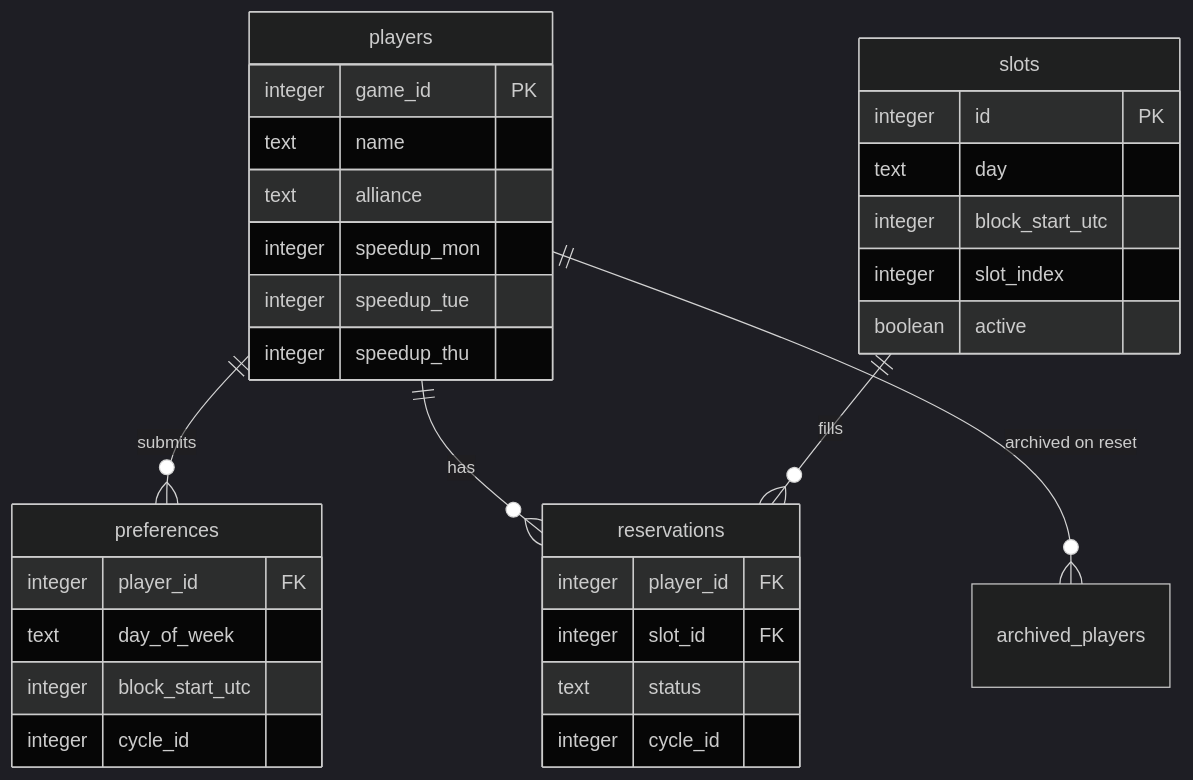
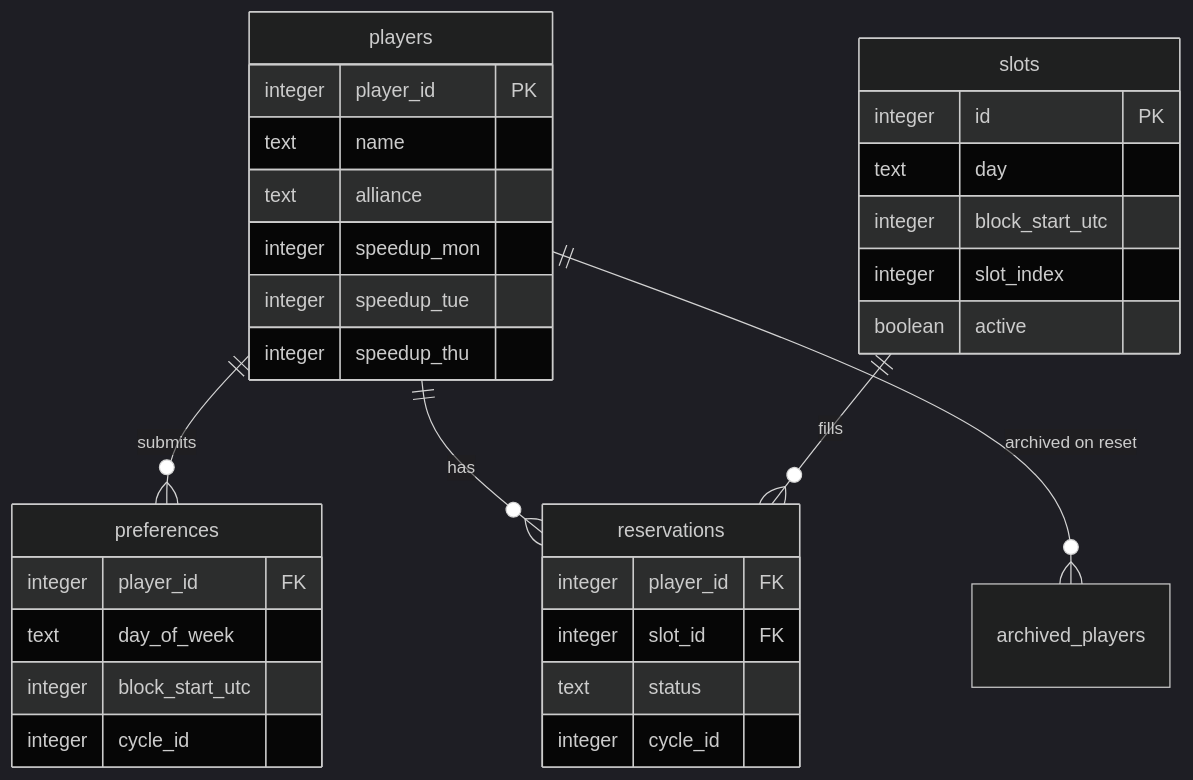
The third of 8 diagrams in docs/RESERVATION_SYSTEM.md (SxxM131/wos1234), drawn with Mermaid (dark theme) before and after one commit. The commit also changed other lines of this file and 28 other files, not shown here.

````diff
--- a/docs/RESERVATION_SYSTEM.md
+++ b/docs/RESERVATION_SYSTEM.md
@@ -184,35 +184,35 @@
 ```mermaid
 erDiagram
   players ||--o{ preferences : submits
   players ||--o{ reservations : has
   slots ||--o{ reservations : fills
   players ||--o{ archived_players : "archived on reset"
 
   players {
-    integer game_id PK
+    integer player_id PK
     text name
     text alliance
     integer speedup_mon
     integer speedup_tue
     integer speedup_thu
   }
   preferences {
     integer player_id FK
     text day_of_week
     integer block_start_utc
     integer cycle_id
   }
   reservations {
     integer player_id FK
     integer slot_id FK
     text status
     integer cycle_id
   }
   slots {
     integer id PK
     text day
     integer block_start_utc
     integer slot_index
     boolean active
   }
 ```
````
